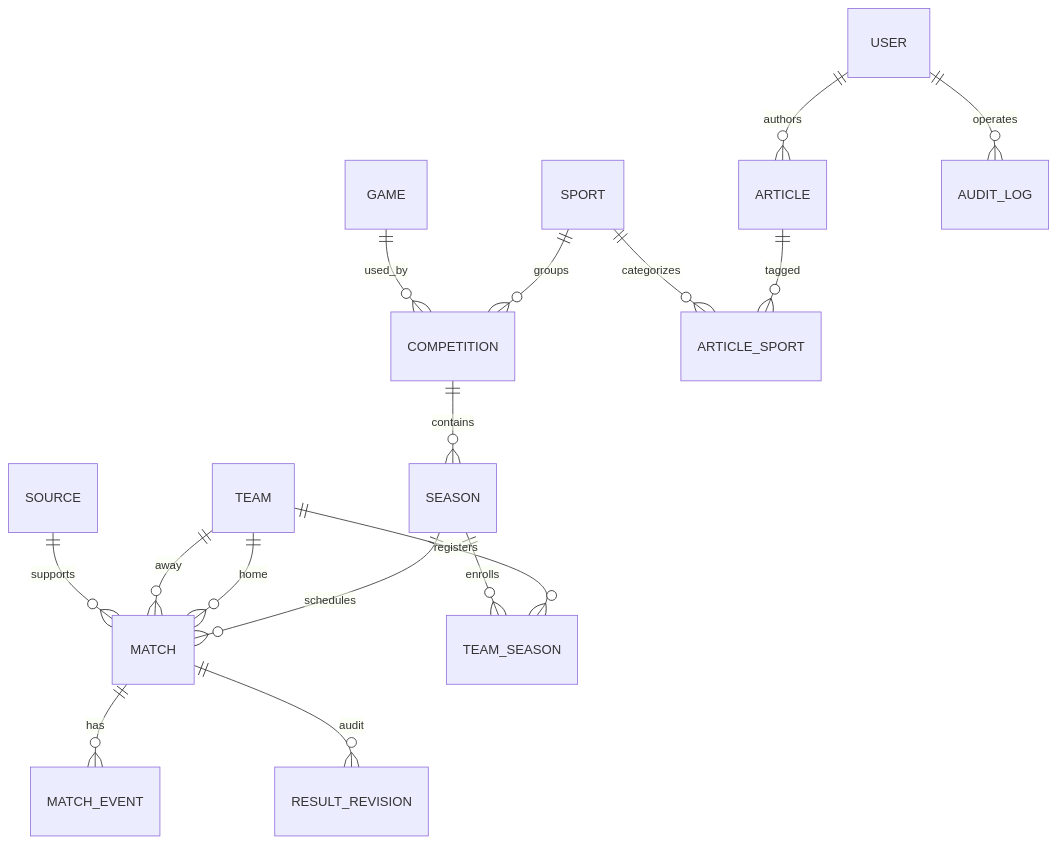
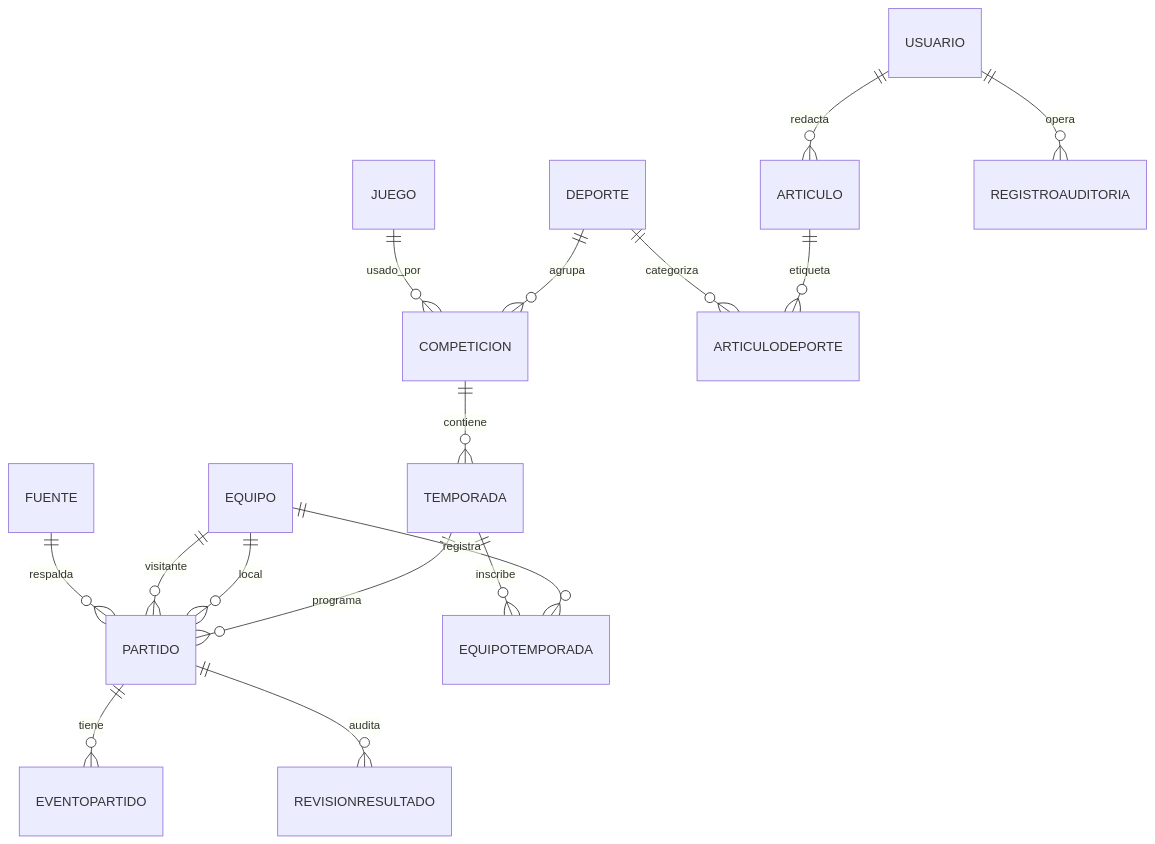
One commit to JMGProgrammer/Obligatorio-DYDA-2026 changed the diagram in docs/04-tecnica/DATABASE.md. Above: the diagram before and after it, drawn with Mermaid. The commit also changed other lines of this file and 14 other files, not shown here.

````diff
--- a/docs/04-tecnica/DATABASE.md
+++ b/docs/04-tecnica/DATABASE.md
@@ -12,18 +12,18 @@
 ```mermaid
 erDiagram
-  SPORT ||--o{ COMPETITION : groups
-  GAME ||--o{ COMPETITION : used_by
-  COMPETITION ||--o{ SEASON : contains
-  SEASON ||--o{ MATCH : schedules
-  TEAM ||--o{ MATCH : home
-  TEAM ||--o{ MATCH : away
-  TEAM ||--o{ TEAM_SEASON : registers
-  SEASON ||--o{ TEAM_SEASON : enrolls
-  MATCH ||--o{ MATCH_EVENT : has
-  MATCH ||--o{ RESULT_REVISION : audit
-  SOURCE ||--o{ MATCH : supports
-  USER ||--o{ ARTICLE : authors
-  ARTICLE ||--o{ ARTICLE_SPORT : tagged
-  SPORT ||--o{ ARTICLE_SPORT : categorizes
-  USER ||--o{ AUDIT_LOG : operates
+  DEPORTE ||--o{ COMPETICION : agrupa
+  JUEGO ||--o{ COMPETICION : usado_por
+  COMPETICION ||--o{ TEMPORADA : contiene
+  TEMPORADA ||--o{ PARTIDO : programa
+  EQUIPO ||--o{ PARTIDO : local
+  EQUIPO ||--o{ PARTIDO : visitante
+  EQUIPO ||--o{ EQUIPOTEMPORADA : registra
+  TEMPORADA ||--o{ EQUIPOTEMPORADA : inscribe
+  PARTIDO ||--o{ EVENTOPARTIDO : tiene
+  PARTIDO ||--o{ REVISIONRESULTADO : audita
+  FUENTE ||--o{ PARTIDO : respalda
+  USUARIO ||--o{ ARTICULO : redacta
+  ARTICULO ||--o{ ARTICULODEPORTE : etiqueta
+  DEPORTE ||--o{ ARTICULODEPORTE : categoriza
+  USUARIO ||--o{ REGISTROAUDITORIA : opera
 ```
````
